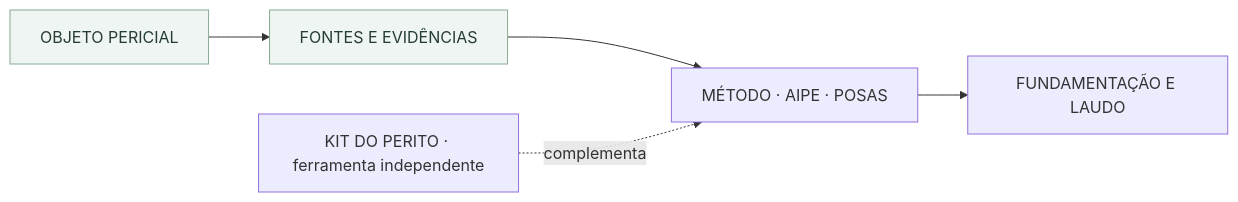
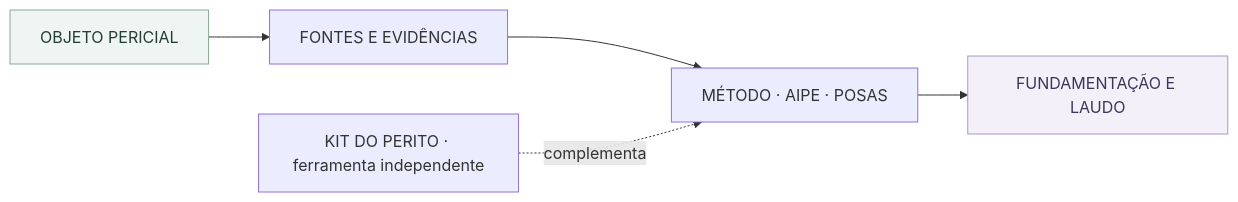
Before and after one commit to joyceradis/MedPer: the diagram in README.md, drawn with Mermaid.

Commit message:
docs: ajustar classes Mermaid apenas aos nós presentes no diagrama

````diff
--- a/README.md
+++ b/README.md
@@ -45,10 +45,11 @@
 ```mermaid
 flowchart LR
   O["OBJETO PERICIAL"] --> E["FONTES E EVIDÊNCIAS"]
   E --> M["MÉTODO · AIPE · POSAS"]
   M --> L["FUNDAMENTAÇÃO E LAUDO"]
   K["KIT DO PERITO · ferramenta independente"] -. "complementa" .-> M
   classDef source fill:#eff5f2,stroke:#88ab94,color:#263d33;
   classDef outcome fill:#f4f0fa,stroke:#aa98c5,color:#3e3556;
-  class P,E,O,D,R source;
+  class O source;
+  class L outcome;
 ```
````
